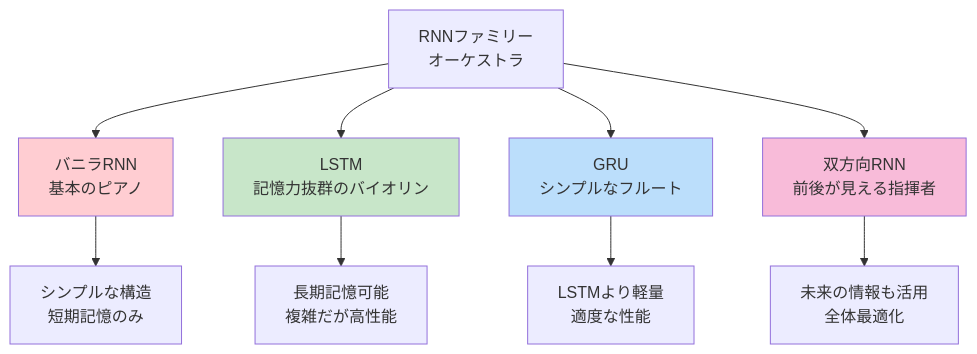
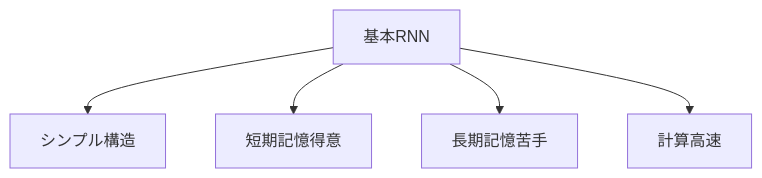
The sixth of 13 diagrams in AI/DeepLearning/RecurrentNeuralNetwork/README.MD (SparklingDetergent/doc_genai_mental_model), drawn with Mermaid before and after one commit. The commit also changed other lines of this file, not shown here.

````diff
--- a/AI/DeepLearning/RecurrentNeuralNetwork/README.MD
+++ b/AI/DeepLearning/RecurrentNeuralNetwork/README.MD
@@ -179,17 +159,7 @@
 ```mermaid
 graph TD
-    A[RNNファミリー<br/>オーケストラ] --> B[バニラRNN<br/>基本のピアノ]
-    A --> C[LSTM<br/>記憶力抜群のバイオリン]
-    A --> D[GRU<br/>シンプルなフルート]
-    A --> E[双方向RNN<br/>前後が見える指揮者]
-    
-    B --> B1[シンプルな構造<br/>短期記憶のみ]
-    C --> C1[長期記憶可能<br/>複雑だが高性能]
-    D --> D1[LSTMより軽量<br/>適度な性能]
-    E --> E1[未来の情報も活用<br/>全体最適化]
-    
-    style B fill:#ffcdd2
-    style C fill:#c8e6c9
-    style D fill:#bbdefb
-    style E fill:#f8bbd9
+    A[基本RNN] --> B[シンプル構造]
+    A --> C[短期記憶得意]
+    A --> D[長期記憶苦手]
+    A --> E[計算高速]
 ```
````
